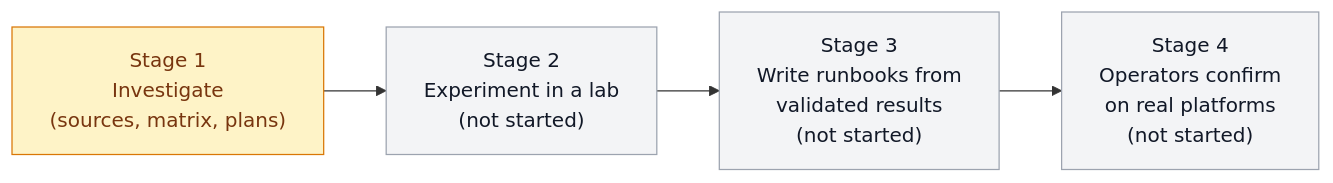
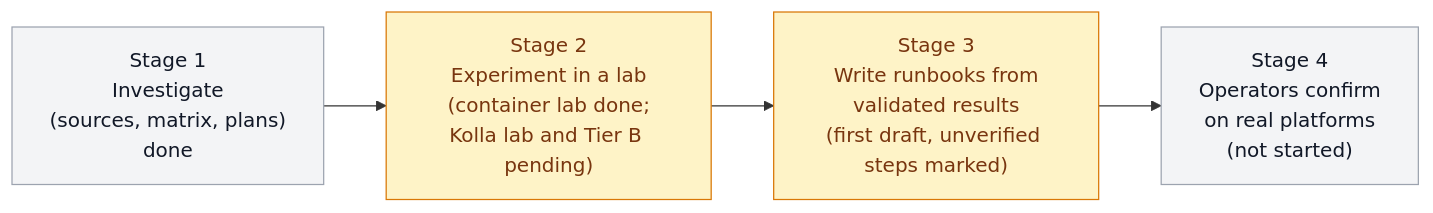
One commit to OzarLand/openstack-upgrade-journeys changed the diagram in journeys/ussuri-to-2026.1/README.md. Above: the diagram before and after it, drawn with Mermaid. The commit also changed other lines of this file and 3 other files, not shown here.

````diff
--- a/journeys/ussuri-to-2026.1/README.md
+++ b/journeys/ussuri-to-2026.1/README.md
@@ -34,8 +34,8 @@
 ```mermaid
 flowchart LR
-    s1["Stage 1<br/>Investigate<br/>(sources, matrix, plans)"] --> s2["Stage 2<br/>Experiment in a lab<br/>(not started)"] --> s3["Stage 3<br/>Write runbooks from<br/>validated results<br/>(not started)"] --> s4["Stage 4<br/>Operators confirm<br/>on real platforms<br/>(not started)"]
+    s1["Stage 1<br/>Investigate<br/>(sources, matrix, plans)<br/>done"] --> s2["Stage 2<br/>Experiment in a lab<br/>(container lab done;<br/>Kolla lab and Tier B pending)"] --> s3["Stage 3<br/>Write runbooks from<br/>validated results<br/>(first draft, unverified steps marked)"] --> s4["Stage 4<br/>Operators confirm<br/>on real platforms<br/>(not started)"]
     classDef now fill:#fef3c7,stroke:#d97706,color:#78350f
     classDef todo fill:#f3f4f6,stroke:#9ca3af,color:#111827
-    class s1 now
-    class s2,s3,s4 todo
+    class s2,s3 now
+    class s1,s4 todo
 ```
````
